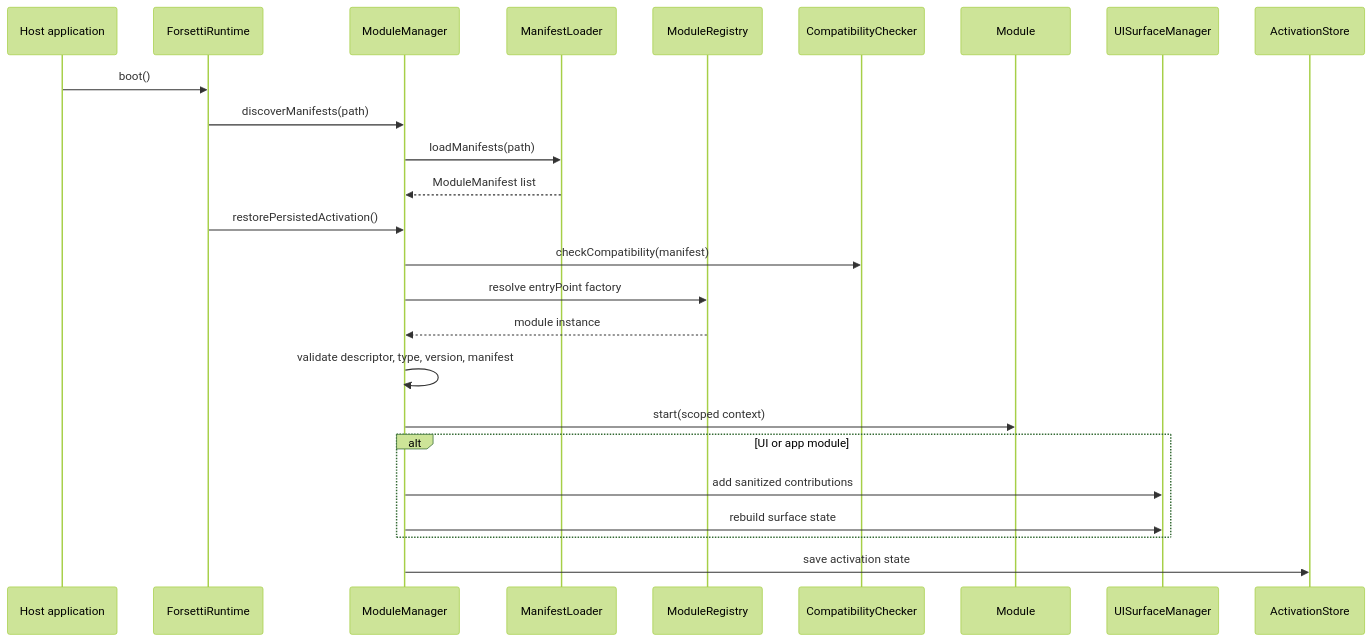
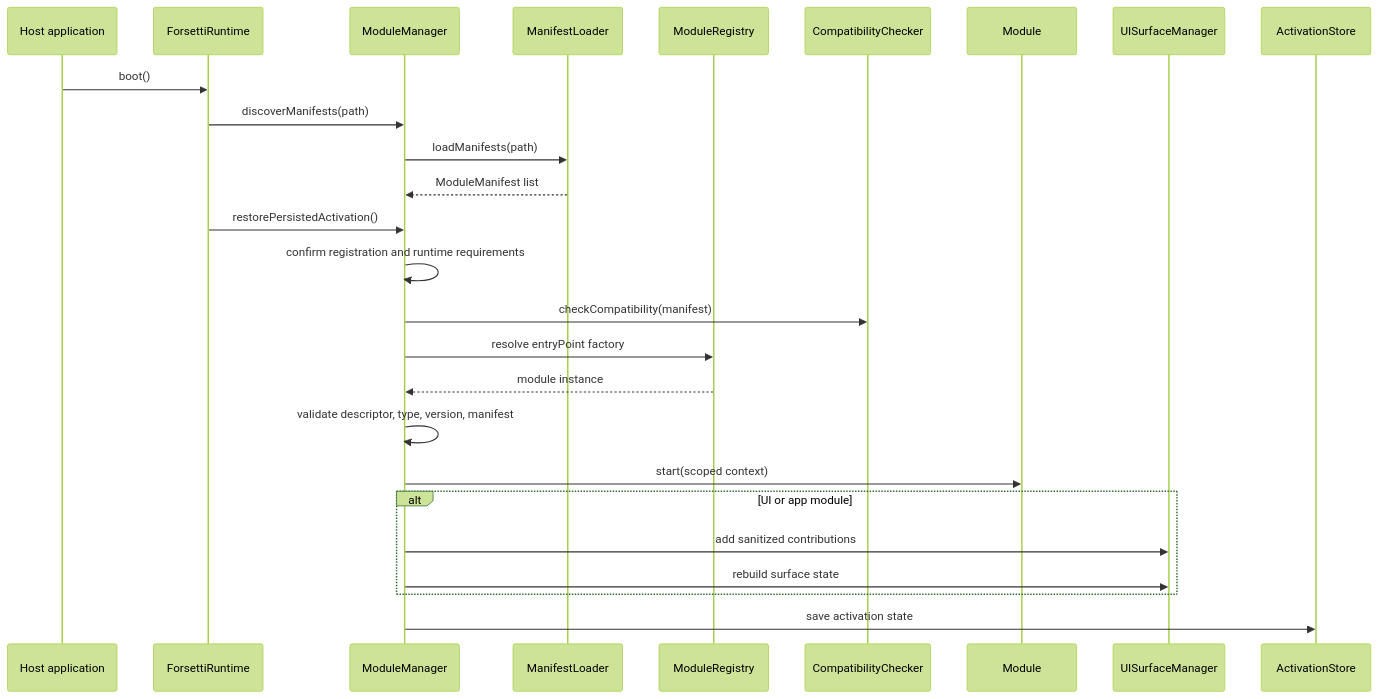
Before and after one commit to flynn33/Forsetti-Framework-Windows: the second of 2 diagrams in README.md, drawn with Mermaid (forest theme). The commit also changed other lines of this file and 159 other files, not shown here.

````diff
--- a/README.md
+++ b/README.md
@@ -57,28 +59,29 @@
 ```mermaid
 sequenceDiagram
     participant Host as Host application
     participant Runtime as ForsettiRuntime
     participant Manager as ModuleManager
     participant Loader as ManifestLoader
     participant Registry as ModuleRegistry
     participant Compat as CompatibilityChecker
     participant Module as Module
     participant Surface as UISurfaceManager
     participant Store as ActivationStore
 
     Host->>Runtime: boot()
     Runtime->>Manager: discoverManifests(path)
     Manager->>Loader: loadManifests(path)
     Loader-->>Manager: ModuleManifest list
     Runtime->>Manager: restorePersistedActivation()
+    Manager->>Manager: confirm registration and runtime requirements
     Manager->>Compat: checkCompatibility(manifest)
     Manager->>Registry: resolve entryPoint factory
     Registry-->>Manager: module instance
     Manager->>Manager: validate descriptor, type, version, manifest
     Manager->>Module: start(scoped context)
     alt UI or app module
         Manager->>Surface: add sanitized contributions
         Manager->>Surface: rebuild surface state
     end
     Manager->>Store: save activation state
 ```
````
